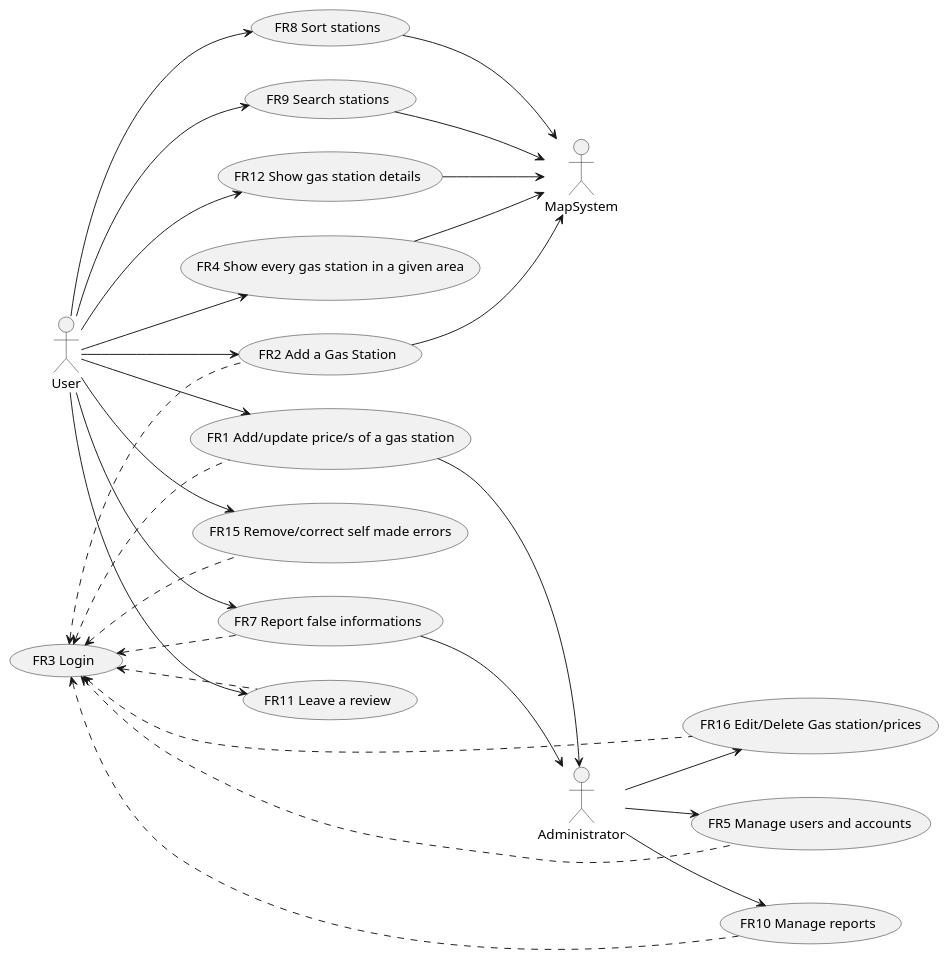
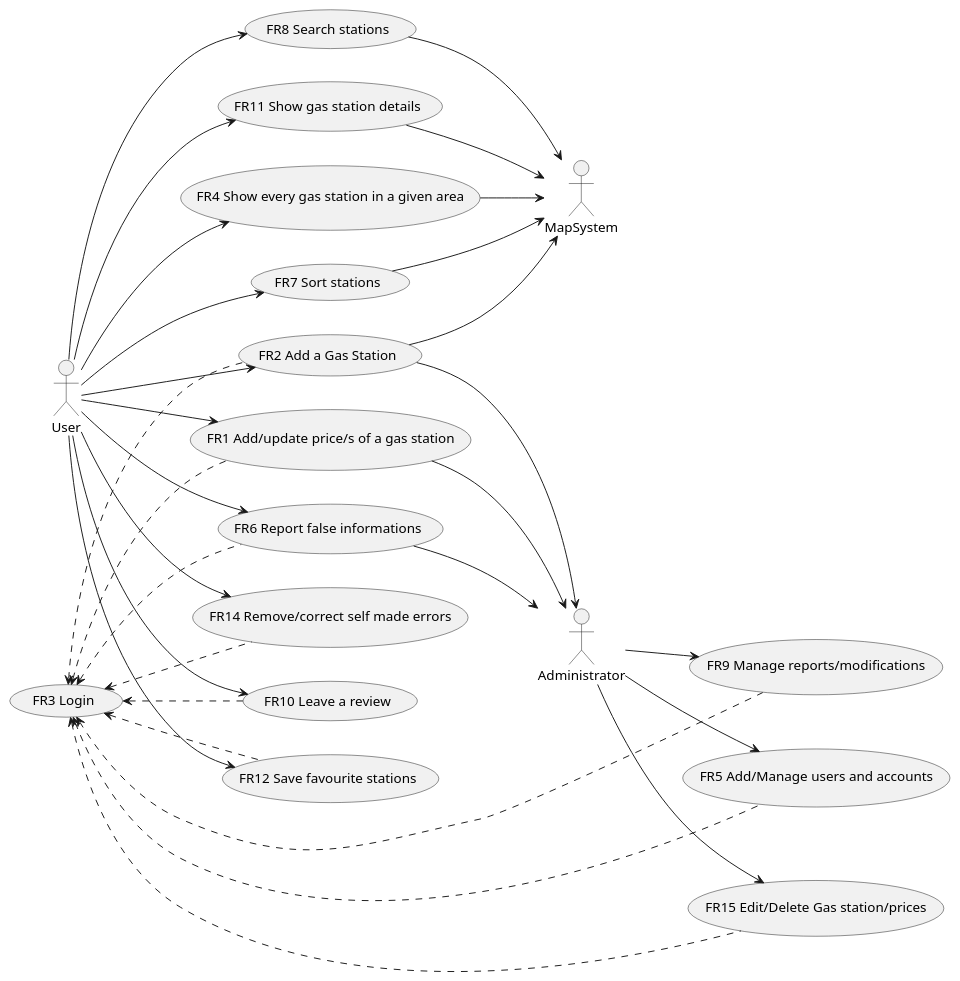
The second of 3 diagrams in Giuseppe/REQ_s280085.md (peppep97/se1), drawn with PlantUML before and after one commit. The commit also changed other lines of this file and 4 other files, not shown here.

````diff
--- a/Giuseppe/REQ_s280085.md
+++ b/Giuseppe/REQ_s280085.md
@@ -136,43 +135,46 @@
 ```plantuml
 left to right direction
 actor User as u
 left to right direction
 actor MapSystem as map
 left to right direction
 actor Administrator as a
 
 u --> (FR1 Add/update price/s of a gas station)
 u --> (FR2 Add a Gas Station)
 u --> (FR4 Show every gas station in a given area)
-u --> (FR7 Report false informations)
-u --> (FR8 Sort stations)
-u --> (FR9 Search stations)
-u --> (FR11 Leave a review)
-u --> (FR12 Show gas station details)
-u --> (FR15 Remove/correct self made errors)
+u --> (FR6 Report false informations)
+u --> (FR7 Sort stations)
+u --> (FR8 Search stations)
+u --> (FR10 Leave a review)
+u --> (FR11 Show gas station details)
+u --> (FR12 Save favourite stations)
+u --> (FR14 Remove/correct self made errors)
 'a --> (FR4 Show every gas station in a given area)
 'a --> (FR8 Sort stations)
 'a --> (FR9 Search stations)
 'a --> (FR12 Show gas station details)
-a --> (FR5 Manage users and accounts)
-a --> (FR10 Manage reports)
-a --> (FR16 Edit/Delete Gas station/prices)
+a --> (FR5 Add/Manage users and accounts)
+a --> (FR9 Manage reports/modifications)
+a --> (FR15 Edit/Delete Gas station/prices)
 
 (FR1 Add/update price/s of a gas station) --> a
-(FR7 Report false informations) --> a
+(FR2 Add a Gas Station) --> a
+(FR6 Report false informations) --> a
 
 (FR2 Add a Gas Station) --> map
-(FR8 Sort stations) --> map
-(FR9 Search stations) --> map
+(FR7 Sort stations) --> map
+(FR8 Search stations) --> map
 (FR4 Show every gas station in a given area) --> map
-(FR12 Show gas station details) --> map
+(FR11 Show gas station details) --> map
 
 (FR3 Login) <.. (FR1 Add/update price/s of a gas station)
 (FR3 Login) <.. (FR2 Add a Gas Station)
-(FR3 Login) <.. (FR10 Manage reports)
-(FR3 Login) <.. (FR5 Manage users and accounts)
-(FR3 Login) <.. (FR11 Leave a review)
-(FR3 Login) <.. (FR7 Report false informations)
-(FR3 Login) <.. (FR15 Remove/correct self made errors)
-(FR3 Login) <.. (FR16 Edit/Delete Gas station/prices)
+(FR3 Login) <.. (FR5 Add/Manage users and accounts)
+(FR3 Login) <.. (FR6 Report false informations)
+(FR3 Login) <.. (FR9 Manage reports/modifications)
+(FR3 Login) <.. (FR10 Leave a review)
+(FR3 Login) <.. (FR12 Save favourite stations)
+(FR3 Login) <.. (FR14 Remove/correct self made errors)
+(FR3 Login) <.. (FR15 Edit/Delete Gas station/prices)
 ```
````
